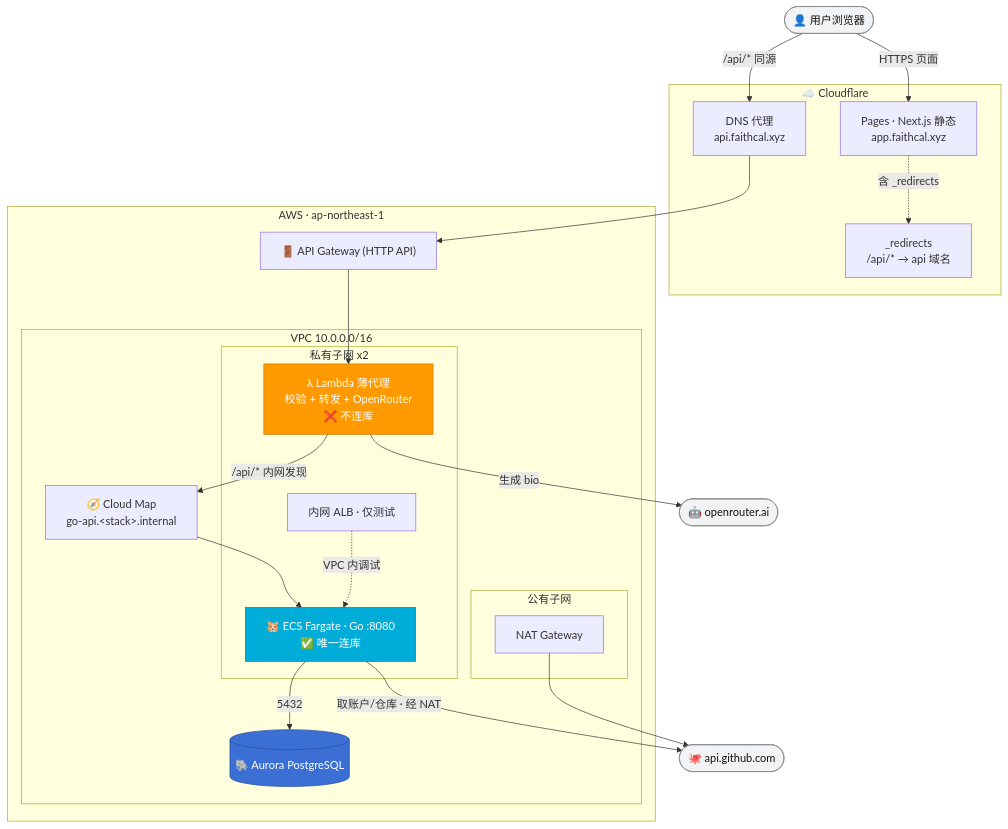
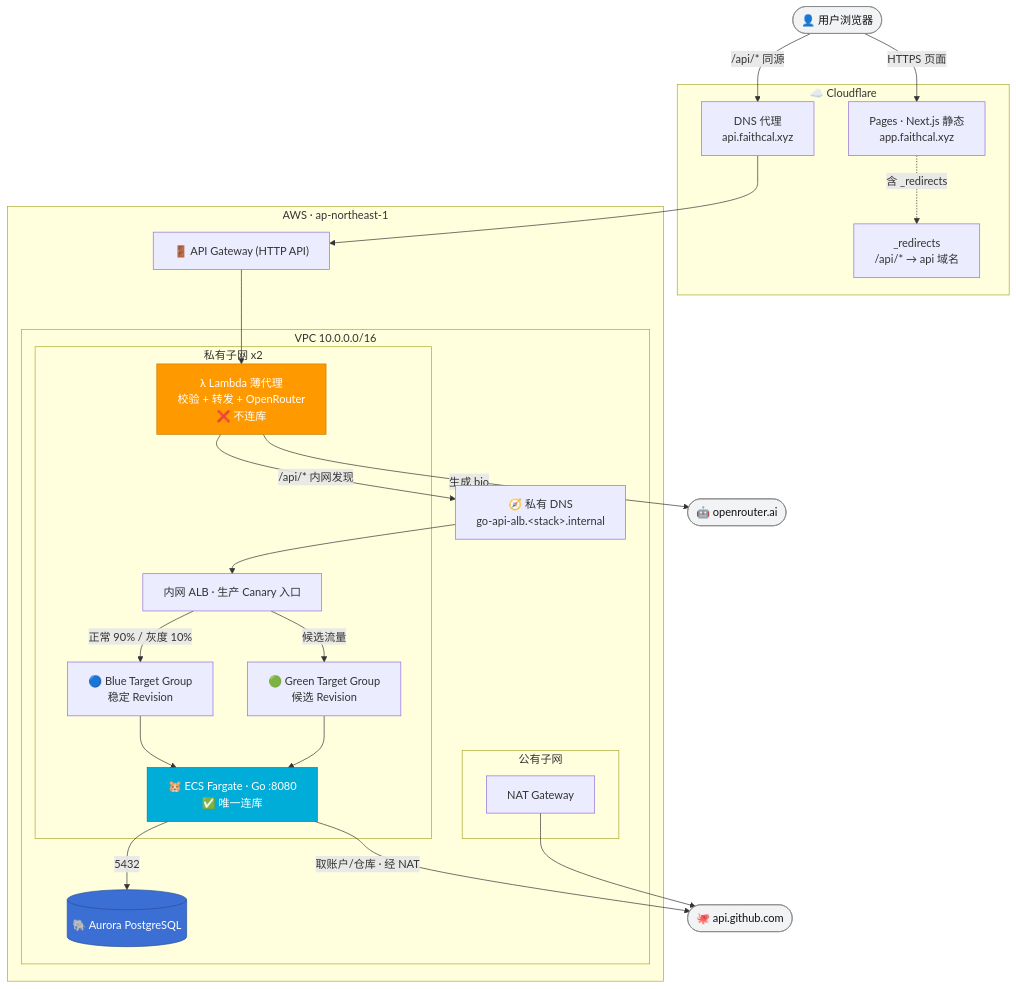
The first of 10 diagrams in docs/架构图.md (PrettyKing/github-repositories-fllow), drawn with Mermaid before and after one commit. The commit also changed other lines of this file and 17 other files, not shown here.

Commit message:
feat: add go ecs canary validation flow

````diff
--- a/docs/架构图.md
+++ b/docs/架构图.md
@@ -23,48 +11,51 @@
 ```mermaid
 graph TB
     User(["👤 用户浏览器"])
     GH(["🐙 api.github.com"])
     OR(["🤖 openrouter.ai"])
 
     subgraph CF["☁️ Cloudflare"]
         Pages["Pages · Next.js 静态<br/>app.faithcal.xyz"]
         Redir["_redirects<br/>/api/* → api 域名"]
         CFDNS["DNS 代理<br/>api.faithcal.xyz"]
     end
 
     subgraph AWS["AWS · ap-northeast-1"]
         APIGW["🚪 API Gateway (HTTP API)"]
         subgraph VPC["VPC 10.0.0.0/16"]
             subgraph PUB["公有子网"]
                 NAT["NAT Gateway"]
             end
             subgraph PRIV["私有子网 x2"]
                 L["λ Lambda 薄代理<br/>校验 + 转发 + OpenRouter<br/>❌ 不连库"]
+                ALB["内网 ALB · 生产 Canary 入口"]
+                BLUE["🔵 Blue Target Group<br/>稳定 Revision"]
+                GREEN["🟢 Green Target Group<br/>候选 Revision"]
                 ECS["🐹 ECS Fargate · Go :8080<br/>✅ 唯一连库"]
-                ALB["内网 ALB · 仅测试"]
             end
-            CMAP["🧭 Cloud Map<br/>go-api.&lt;stack&gt;.internal"]
+            CMAP["🧭 私有 DNS<br/>go-api-alb.&lt;stack&gt;.internal"]
             AUR[("🐘 Aurora PostgreSQL")]
         end
     end
 
     User -->|"HTTPS 页面"| Pages
     Pages -.->|"含 _redirects"| Redir
     User -->|"/api/* 同源"| CFDNS --> APIGW
     APIGW --> L
     L -->|"生成 bio"| OR
-    L -->|"/api/* 内网发现"| CMAP --> ECS
+    L -->|"/api/* 内网发现"| CMAP --> ALB
+    ALB -->|"正常 90% / 灰度 10%"| BLUE --> ECS
+    ALB -->|"候选流量"| GREEN --> ECS
     ECS -->|"5432"| AUR
     ECS -->|"取账户/仓库 · 经 NAT"| GH
     NAT --> GH
-    ALB -.->|"VPC 内调试"| ECS
 
     classDef lambda fill:#FF9900,stroke:#cc7a00,color:#fff
     classDef go fill:#00ADD8,stroke:#007d9c,color:#fff
     classDef db fill:#3b6fd4,stroke:#2a4f99,color:#fff
     classDef ext fill:#f1f3f4,stroke:#888,color:#111
     class L lambda
     class ECS go
     class AUR db
     class User,GH,OR ext
 ```
````
